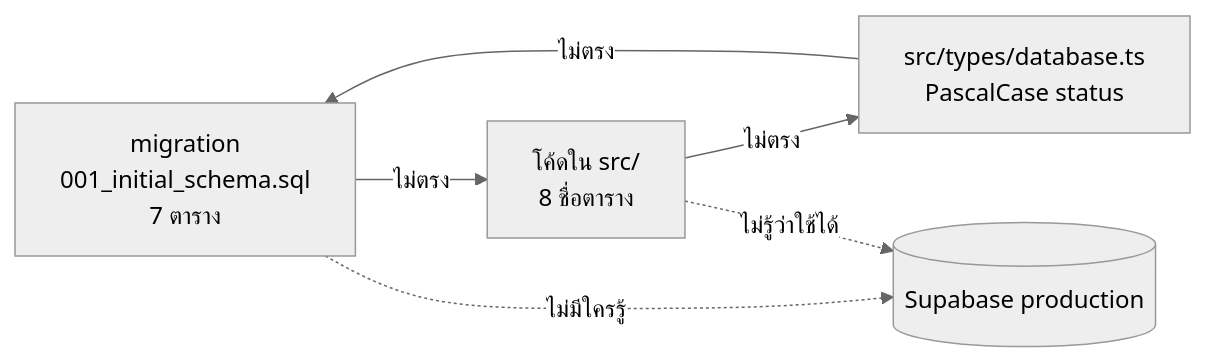
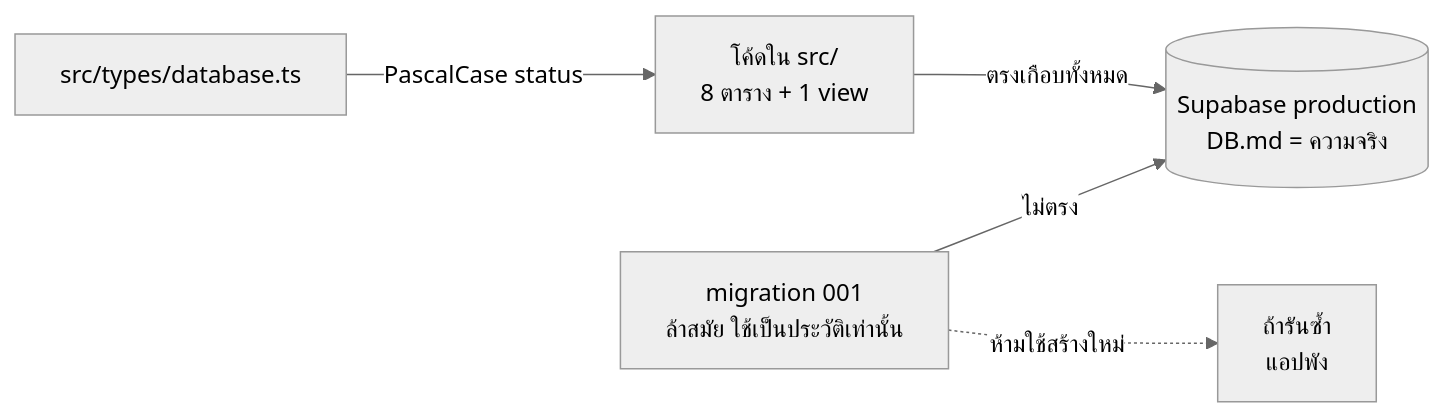
Before and after one commit to PAPhum/PAPhumShop: the first of 3 diagrams in docs/05-database-normalize-and-optimize.md, drawn with Mermaid (neutral theme). The commit also changed other lines of this file and 7 other files, not shown here.

````diff
--- a/docs/05-database-normalize-and-optimize.md
+++ b/docs/05-database-normalize-and-optimize.md
@@ -10,8 +15,8 @@
 ```mermaid
 flowchart LR
-  M["migration<br/>001_initial_schema.sql<br/>7 ตาราง"] -->|"ไม่ตรง"| C["โค้ดใน src/<br/>8 ชื่อตาราง"]
-  T["src/types/database.ts<br/>PascalCase status"] -->|"ไม่ตรง"| M
-  C -->|"ไม่ตรง"| T
-  M -.->|"ไม่มีใครรู้"| P[("Supabase production")]
-  C -.->|"ไม่รู้ว่าใช้ได้"| P
+  P[("Supabase production<br/>DB.md = ความจริง")]
+  M["migration 001<br/>ล้าสมัย ใช้เป็นประวัติเท่านั้น"] -->|"ไม่ตรง"| P
+  C["โค้ดใน src/<br/>8 ตาราง + 1 view"] -->|"ตรงเกือบทั้งหมด"| P
+  T["src/types/database.ts"] -->|"PascalCase status"| C
+  M -.->|"ห้ามใช้สร้างใหม่"| X["ถ้ารันซ้ำ<br/>แอปพัง"]
 ```
````
